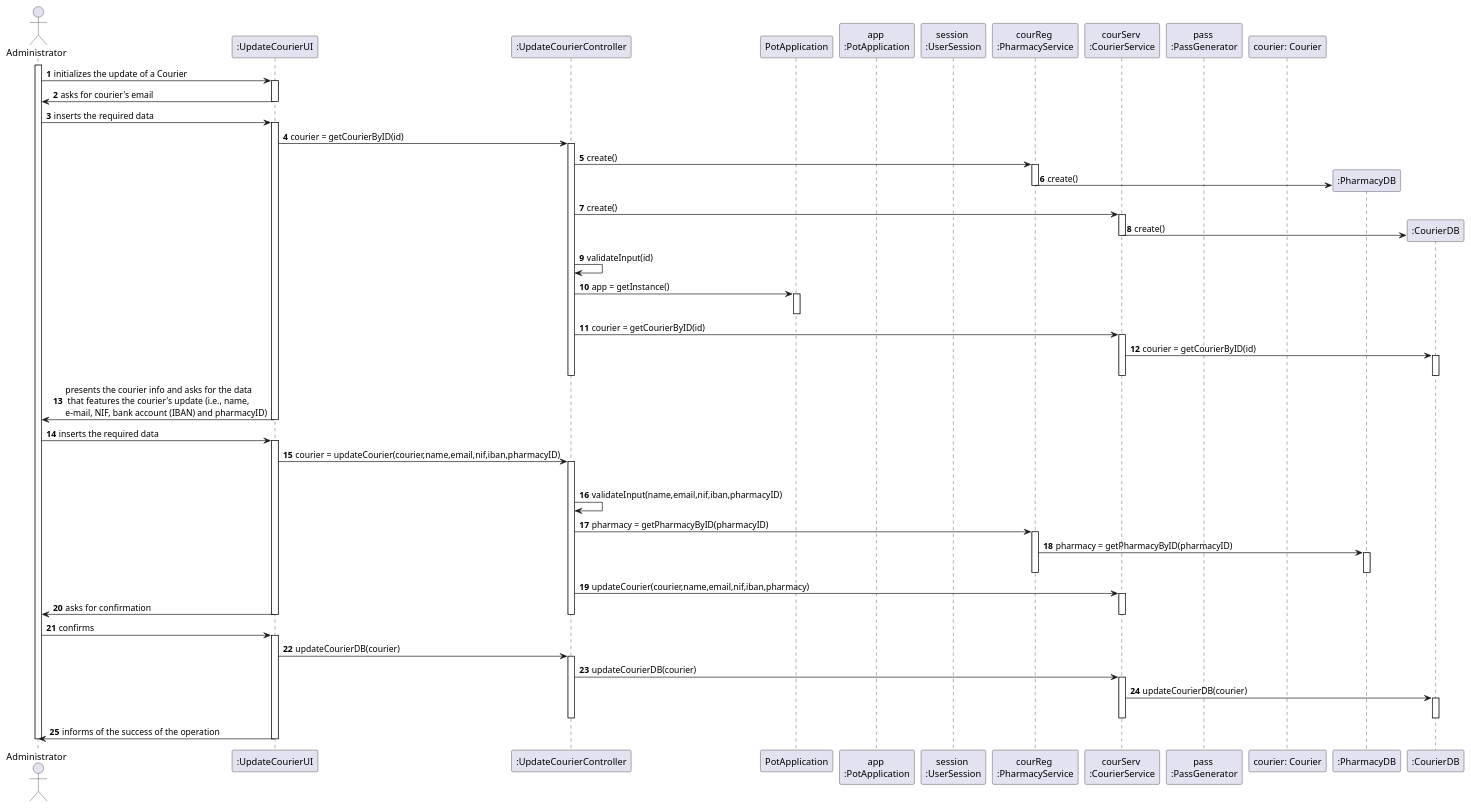
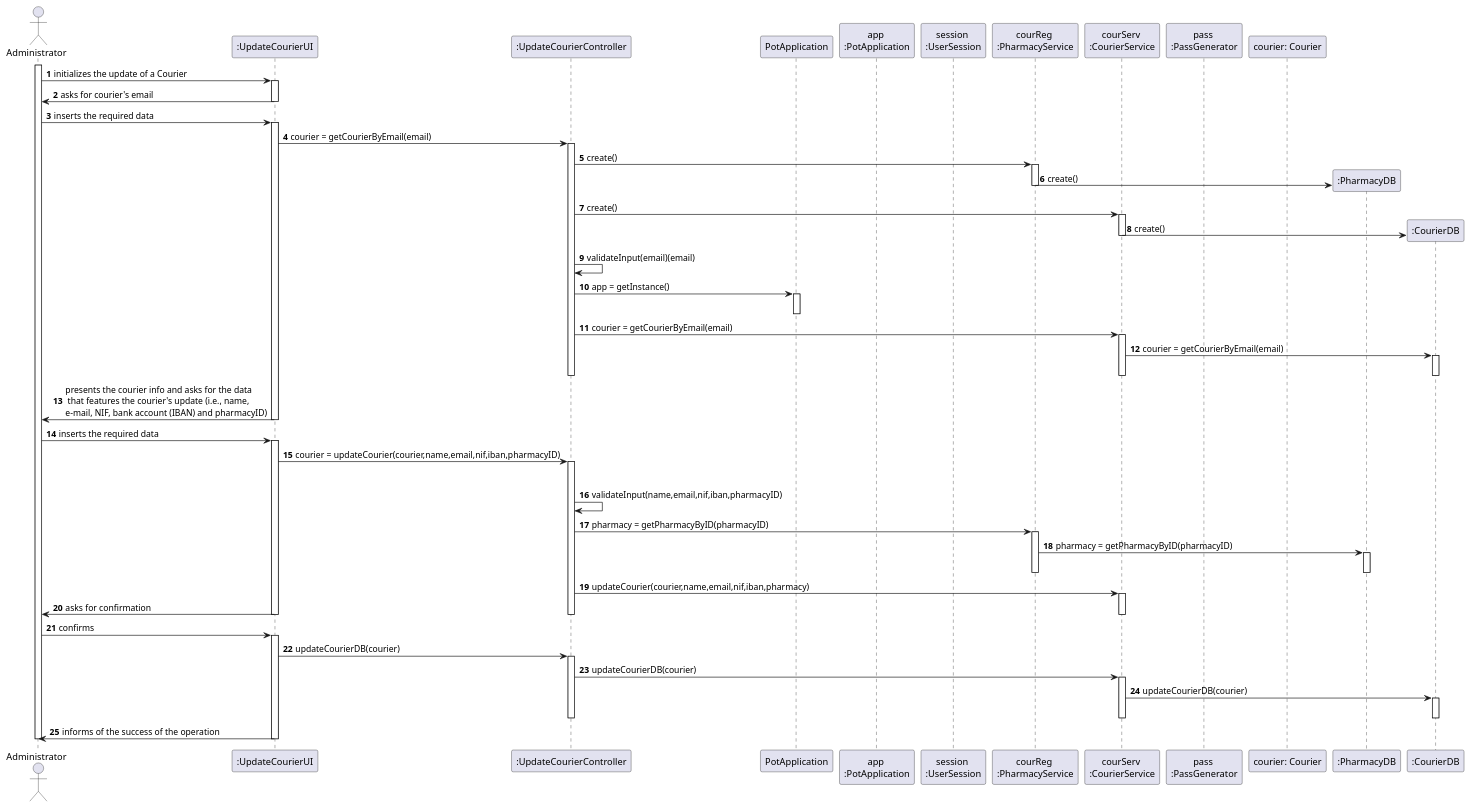
The diagram in docs/Iteration 2/Courier Management/US29_UpdateCourier/US29_SD.puml (tiagoavcosta25/LAPR3), drawn with PlantUML before and after one commit. The commit also changed 1 other file, not shown here.

Commit message:
LAPR2AP2-29 #refining UpdateCourier [Design]

```diff
--- a/docs/Iteration 2/Courier Management/US29_UpdateCourier/US29_SD.puml
+++ b/docs/Iteration 2/Courier Management/US29_UpdateCourier/US29_SD.puml
@@ -1,89 +1,89 @@
 @startuml
 autonumber
 actor "Administrator" as ADMIN
 
 participant ":UpdateCourierUI" as UI
 participant ":UpdateCourierController" as CTRL
 participant "PotApplication" as PA
 participant "app \n:PotApplication" as APA
 participant "session \n:UserSession" as US
 participant "courReg \n:PharmacyService" as PR
 participant "courServ \n:CourierService" as RF
 participant "pass \n:PassGenerator" as PS
 participant "courier: Courier" as CR
 participant ":PharmacyDB" as PDB
 participant ":CourierDB" as CDB
 
 activate ADMIN
 
 ADMIN -> UI : initializes the update of a Courier
 activate UI
 UI -> ADMIN : asks for courier's email
 deactivate UI
 
 ADMIN -> UI : inserts the required data
 activate UI
-UI -> CTRL : courier = getCourierByID(id)
+UI -> CTRL : courier = getCourierByEmail(email)
 activate CTRL
 CTRL -> PR : create()
 activate PR
 PR -> PDB** : create()
 deactivate PR
 CTRL -> RF : create()
 activate RF
 RF -> CDB** : create()
 deactivate RF
 
-CTRL -> CTRL : validateInput(id)
+CTRL -> CTRL : validateInput(email)(email)
 CTRL -> PA : app = getInstance()
 activate PA
 deactivate PA
-CTRL -> RF : courier = getCourierByID(id)
+CTRL -> RF : courier = getCourierByEmail(email)
 activate RF
-RF -> CDB : courier = getCourierByID(id)
+RF -> CDB : courier = getCourierByEmail(email)
 activate CDB
 deactivate RF
 deactivate CDB
 deactivate CTRL
 
 
 UI -> ADMIN : presents the courier info and asks for the data\n that features the courier's update (i.e., name, \ne-mail, NIF, bank account (IBAN) and pharmacyID)
 deactivate UI
 
 ADMIN -> UI : inserts the required data
 activate UI
 UI -> CTRL : courier = updateCourier(courier,name,email,nif,iban,pharmacyID)
 activate CTRL
 deactivate US
 CTRL -> CTRL : validateInput(name,email,nif,iban,pharmacyID)
 CTRL -> PR : pharmacy = getPharmacyByID(pharmacyID)
 activate PR
 PR -> PDB : pharmacy = getPharmacyByID(pharmacyID)
 activate PDB
 
 deactivate PR
 deactivate PDB
 deactivate RF
 CTRL -> RF : updateCourier(courier,name,email,nif,iban,pharmacy)
 activate RF
 UI -> ADMIN : asks for confirmation
 deactivate RF
 deactivate CTRL
 deactivate UI
 ADMIN -> UI : confirms
 activate UI
 UI -> CTRL : updateCourierDB(courier)
 activate CTRL
 CTRL -> RF : updateCourierDB(courier)
 activate RF
 RF -> CDB : updateCourierDB(courier)
 activate CDB
 deactivate CDB
 deactivate RF
 deactivate CTRL
 UI -> ADMIN : informs of the success of the operation
 deactivate UI
 
 deactivate ADMIN
 
 @enduml
```
